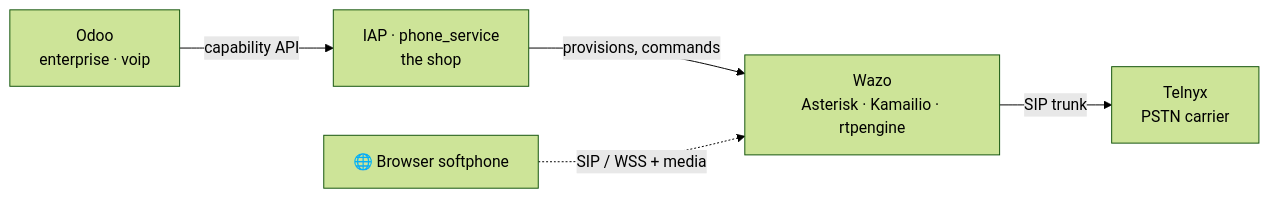
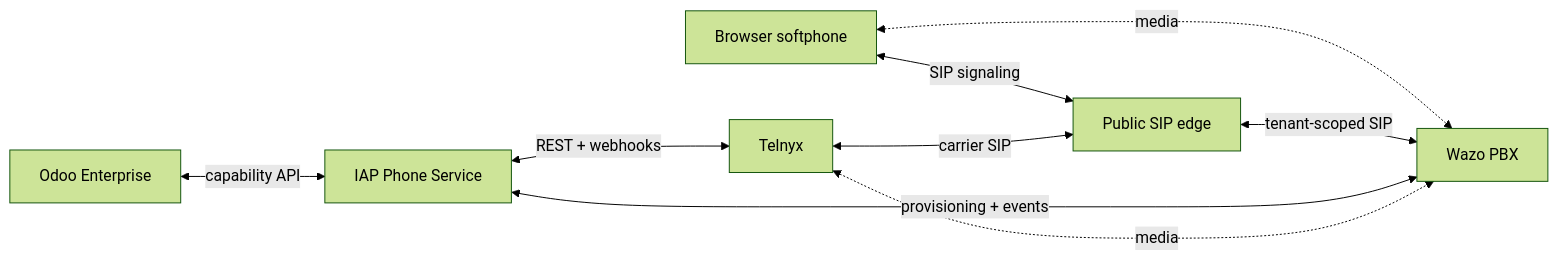
One commit to SergeBayet/voip-docs changed the diagram in docs/course-overview.md. Above: the diagram before and after it, drawn with Mermaid (forest theme). The commit also changed other lines of this file and 57 other files, not shown here.

````diff
--- a/docs/course-overview.md
+++ b/docs/course-overview.md
@@ -19,7 +23,11 @@
 ```mermaid
 flowchart LR
-    O["Odoo<br/>enterprise · voip"] -->|capability API| S["IAP · phone_service<br/>the shop"]
-    S -->|provisions, commands| W["Wazo<br/>Asterisk · Kamailio · rtpengine"]
-    W -->|SIP trunk| T["Telnyx<br/>PSTN carrier"]
-    B["🌐 Browser softphone"] -.->|SIP / WSS + media| W
+    B["Browser softphone"] <-->|"SIP signaling"| E["Public SIP edge"]
+    B <-.->|"media"| W["Wazo PBX"]
+    E <-->|"tenant-scoped SIP"| W
+    O["Odoo Enterprise"] <-->|"capability API"| S["IAP Phone Service"]
+    S <-->|"provisioning + events"| W
+    S <-->|"REST + webhooks"| T["Telnyx"]
+    T <-->|"carrier SIP"| E
+    T <-.->|"media"| W
 ```
````
